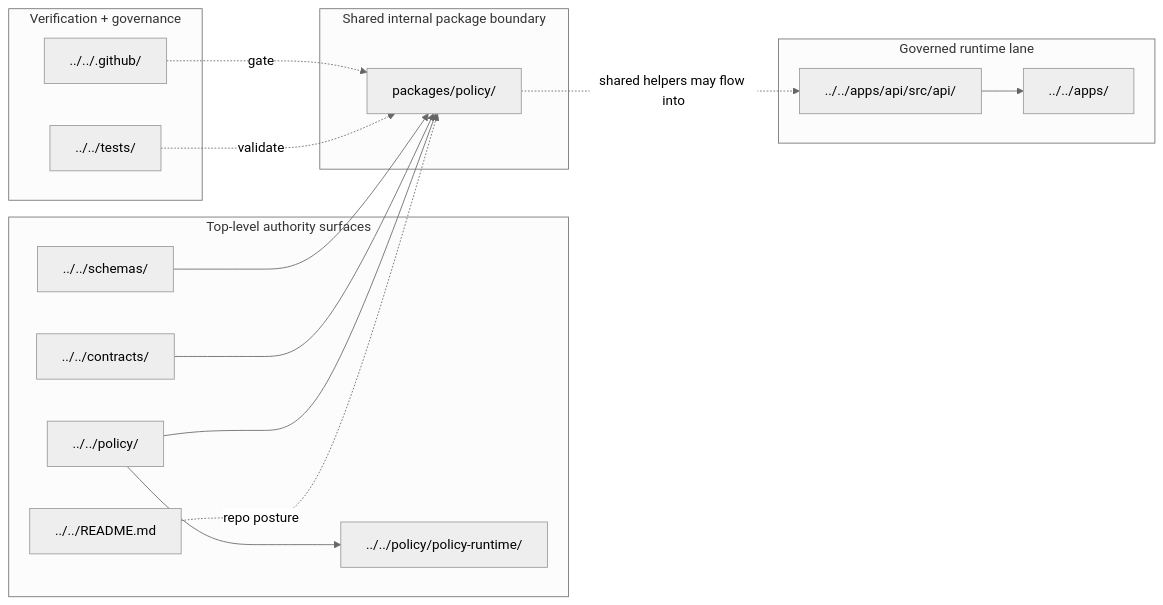
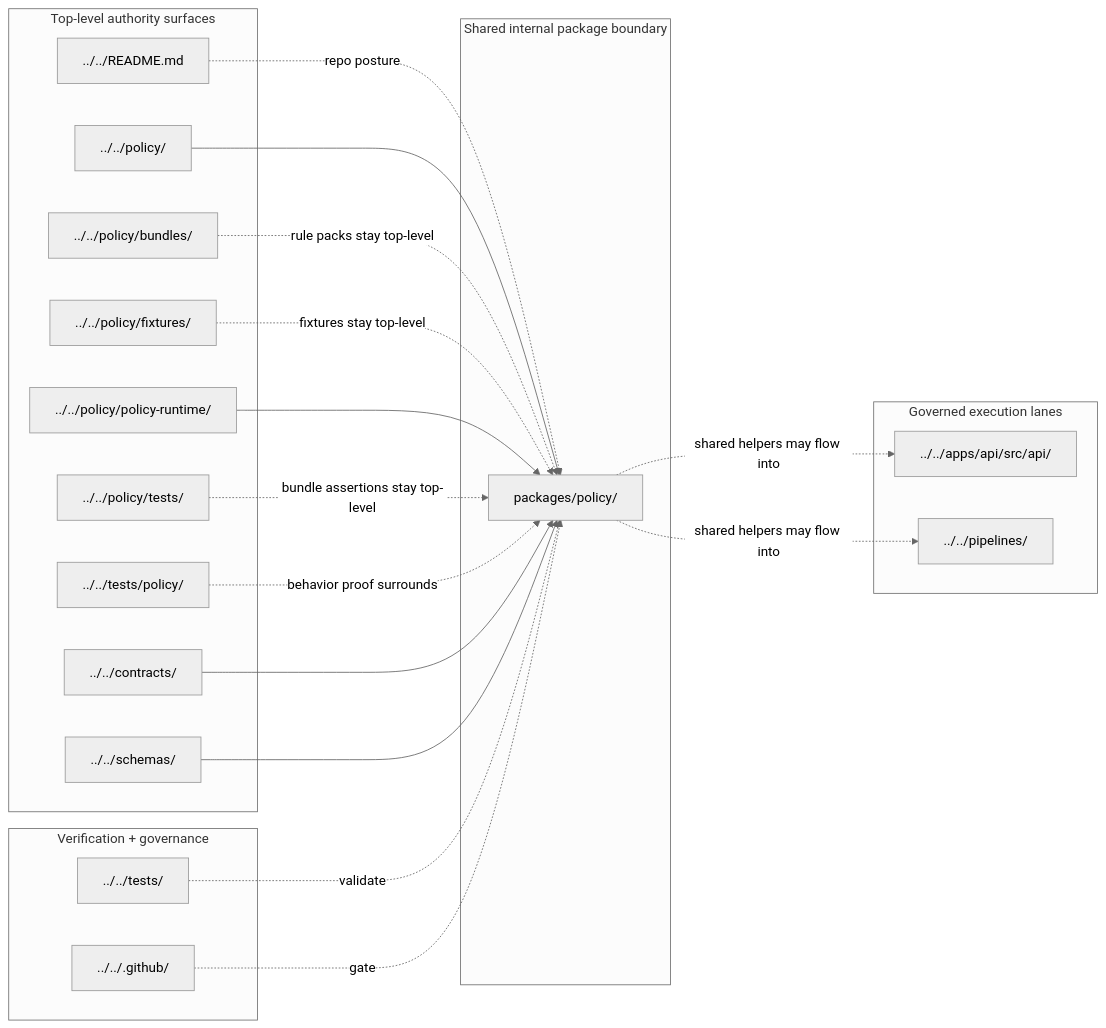
One commit to bartytime4life/Kansas-Frontier-Matrix changed the diagram in packages/policy/README.md. Above: the diagram before and after it, drawn with Mermaid (neutral theme). The commit also changed other lines of this file, not shown here.

First line of the commit message:
Revise README for policy package with updated links

````diff
--- a/packages/policy/README.md
+++ b/packages/policy/README.md
@@ -273,34 +289,42 @@
 ```mermaid
 flowchart LR
   subgraph Authority["Top-level authority surfaces"]
     Root["../../README.md"]
     Policy["../../policy/"]
+    Bundles["../../policy/bundles/"]
+    Fixtures["../../policy/fixtures/"]
     RuntimeDoc["../../policy/policy-runtime/"]
+    PolicyTests["../../policy/tests/"]
+    RepoPolicyTests["../../tests/policy/"]
     Contracts["../../contracts/"]
     Schemas["../../schemas/"]
   end
 
   subgraph Package["Shared internal package boundary"]
     Pkg["packages/policy/"]
   end
 
-  subgraph Runtime["Governed runtime lane"]
+  subgraph Execution["Governed execution lanes"]
     API["../../apps/api/src/api/"]
-    Apps["../../apps/"]
+    Pipelines["../../pipelines/"]
   end
 
   subgraph Verify["Verification + governance"]
     Tests["../../tests/"]
     GitHub["../../.github/"]
   end
 
   Root -. repo posture .-> Pkg
   Policy --> Pkg
-  Policy --> RuntimeDoc
+  Bundles -. rule packs stay top-level .-> Pkg
+  Fixtures -. fixtures stay top-level .-> Pkg
+  RuntimeDoc --> Pkg
+  PolicyTests -. bundle assertions stay top-level .-> Pkg
+  RepoPolicyTests -. behavior proof surrounds .-> Pkg
   Contracts --> Pkg
   Schemas --> Pkg
   Pkg -. shared helpers may flow into .-> API
-  API --> Apps
+  Pkg -. shared helpers may flow into .-> Pipelines
   Tests -. validate .-> Pkg
   GitHub -. gate .-> Pkg
 ```
````
